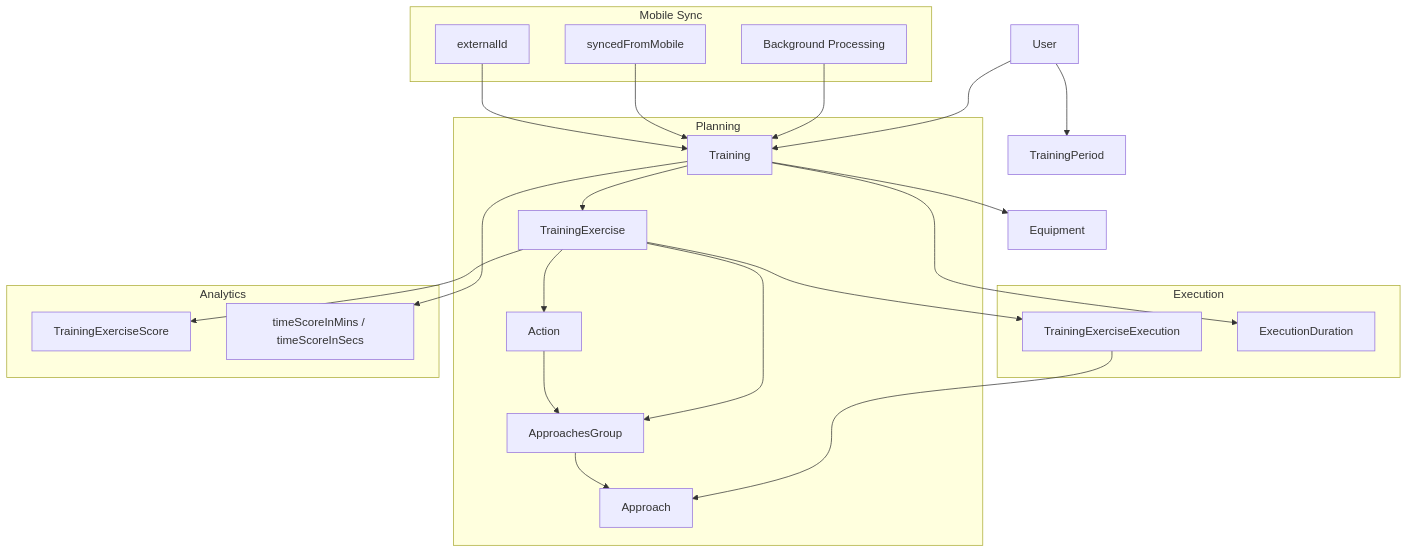
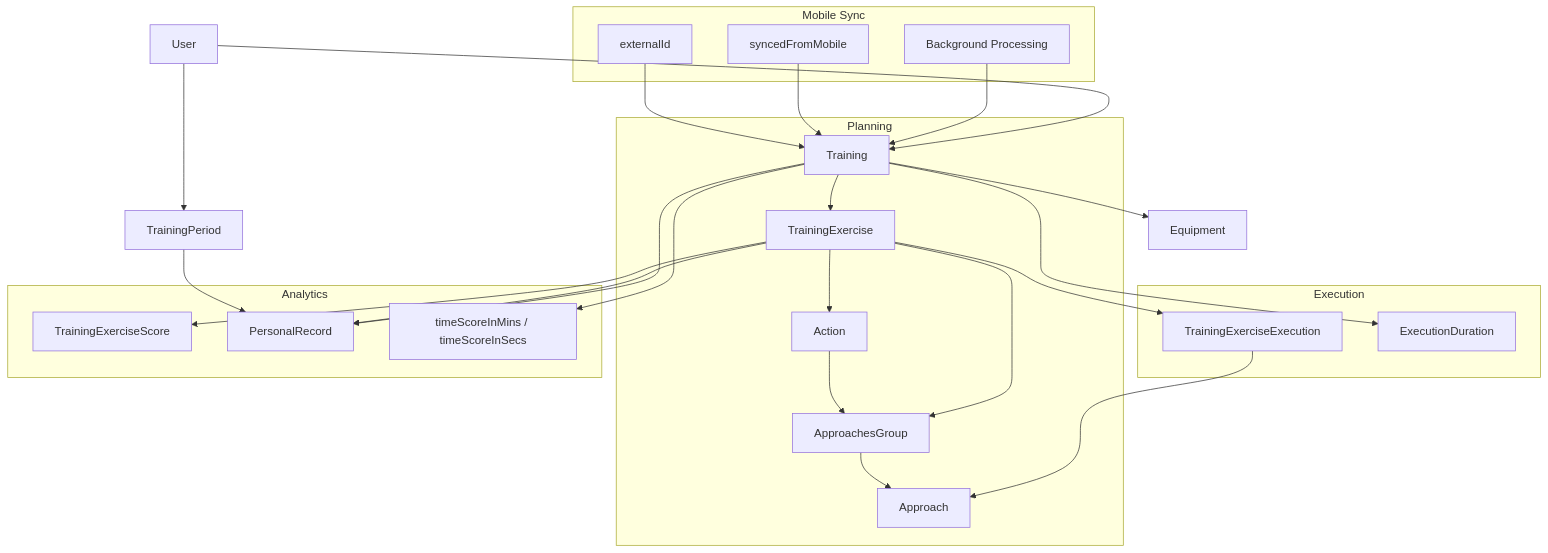
Before and after one commit to Dezzpil/meingym: the second of 8 diagrams in .qoder/repowiki/en/content/Data Model/Data Model.md, drawn with Mermaid. The commit also changed other lines of this file and 12 other files, not shown here.

````diff
--- a/.qoder/repowiki/en/content/Data Model/Data Model.md
+++ b/.qoder/repowiki/en/content/Data Model/Data Model.md
@@ -395,27 +440,30 @@
 ```mermaid
 graph TB
 subgraph "Planning"
 A["Action"] --> AG["ApproachesGroup"]
 AG --> AP["Approach"]
 T["Training"] --> TE["TrainingExercise"]
 TE --> AG
 TE --> A
 end
 subgraph "Execution"
 TE --> EXE["TrainingExerciseExecution"]
 EXE --> AP
 T --> DUR["ExecutionDuration"]
 end
 subgraph "Analytics"
 TE --> SCORE["TrainingExerciseScore"]
+TE --> REC["PersonalRecord"]
+T --> REC
 T --> TIME["timeScoreInMins / timeScoreInSecs"]
 end
 subgraph "Mobile Sync"
 EXT["externalId"] --> T
 SYNC["syncedFromMobile"] --> T
 JOB["Background Processing"] --> T
 end
 U["User"] --> T
 U --> P["TrainingPeriod"]
+P --> REC
 T --> EQ["Equipment"]
 ```
````
